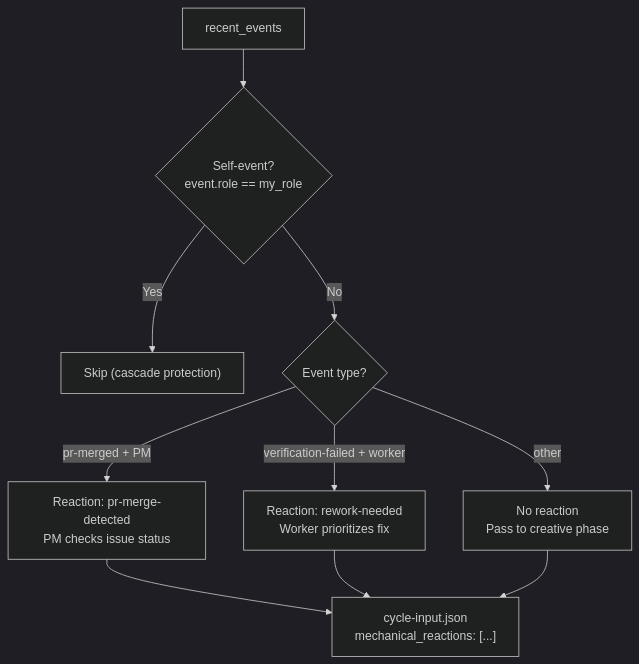
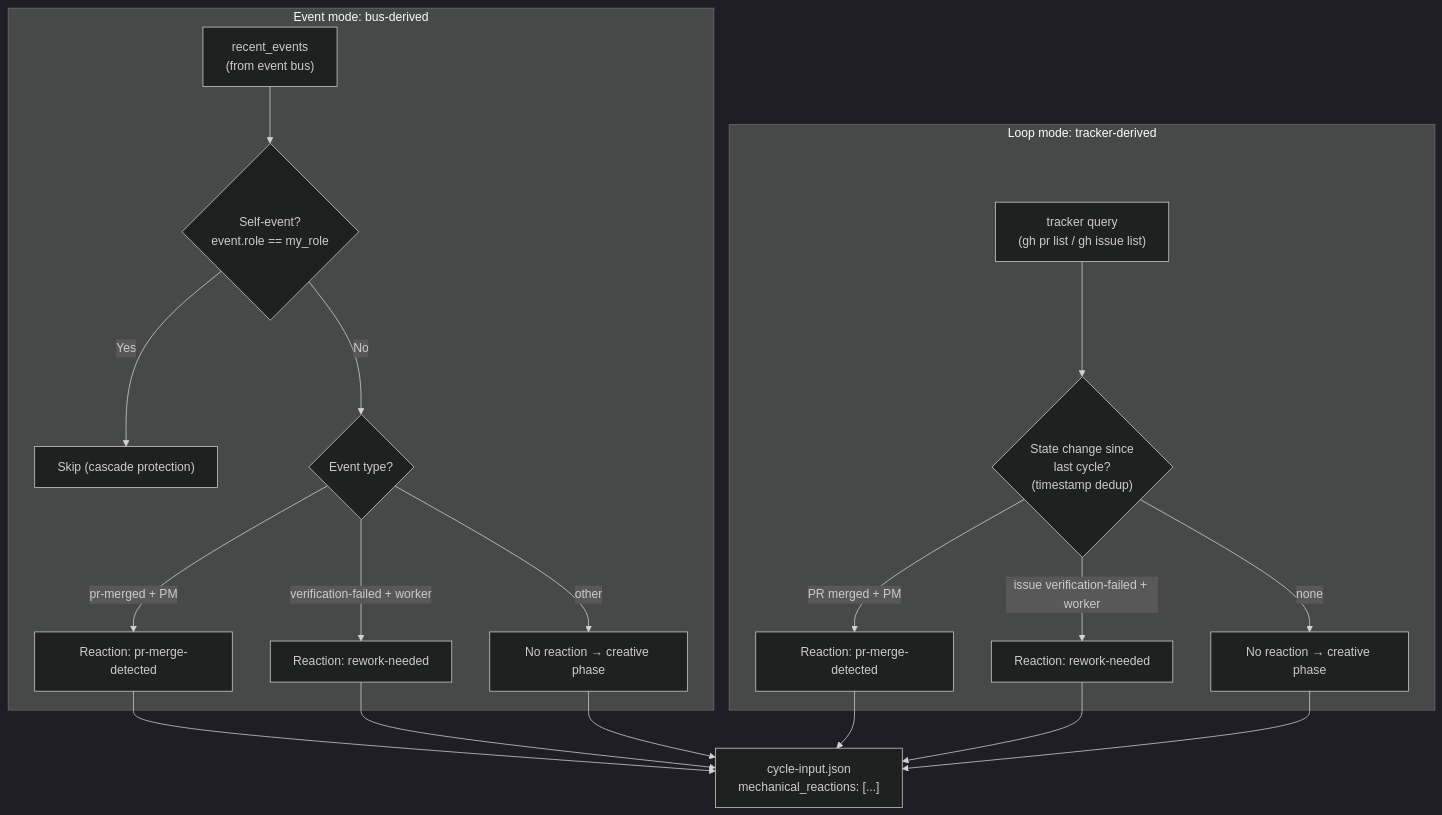
The eighth of 16 diagrams in docs/AGENT-RUNTIME.md (WallyDoodlez/SquidSquad), drawn with Mermaid (dark theme) before and after one commit. The commit also changed other lines of this file, not shown here.

First line of the commit message:
pm: AGENT-RUNTIME — loop/event mutual exclusivity on event-bus axis

````diff
--- a/docs/AGENT-RUNTIME.md
+++ b/docs/AGENT-RUNTIME.md
@@ -434,14 +439,25 @@
 ```mermaid
 flowchart TD
-    EVENTS["recent_events"] --> SF{"Self-event?<br/>event.role == my_role"}
-    SF -->|Yes| SKIP["Skip (cascade protection)"]
-    SF -->|No| TYPE{"Event type?"}
+    subgraph event_mode["Event mode: bus-derived"]
+        EVENTS["recent_events<br/>(from event bus)"] --> SF{"Self-event?<br/>event.role == my_role"}
+        SF -->|Yes| SKIP["Skip (cascade protection)"]
+        SF -->|No| TYPE_E{"Event type?"}
+        TYPE_E -->|pr-merged + PM| R1E["Reaction: pr-merge-detected"]
+        TYPE_E -->|verification-failed + worker| R2E["Reaction: rework-needed"]
+        TYPE_E -->|other| PASS_E["No reaction → creative phase"]
+    end
 
-    TYPE -->|pr-merged + PM| R1["Reaction: pr-merge-detected<br/>PM checks issue status"]
-    TYPE -->|verification-failed + worker| R2["Reaction: rework-needed<br/>Worker prioritizes fix"]
-    TYPE -->|other| PASS["No reaction<br/>Pass to creative phase"]
+    subgraph loop_mode["Loop mode: tracker-derived"]
+        TRACKER["tracker query<br/>(gh pr list / gh issue list)"] --> DELTA{"State change since<br/>last cycle?<br/>(timestamp dedup)"}
+        DELTA -->|PR merged + PM| R1L["Reaction: pr-merge-detected"]
+        DELTA -->|issue verification-failed + worker| R2L["Reaction: rework-needed"]
+        DELTA -->|none| PASS_L["No reaction → creative phase"]
+    end
 
-    R1 --> CIJ["cycle-input.json<br/>mechanical_reactions: [...]"]
-    R2 --> CIJ
-    PASS --> CIJ
+    R1E --> CIJ["cycle-input.json<br/>mechanical_reactions: [...]"]
+    R2E --> CIJ
+    PASS_E --> CIJ
+    R1L --> CIJ
+    R2L --> CIJ
+    PASS_L --> CIJ
 ```
````
